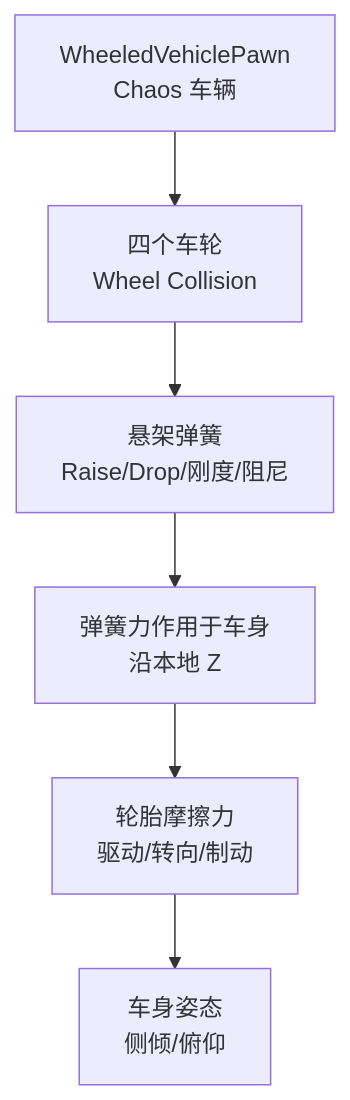
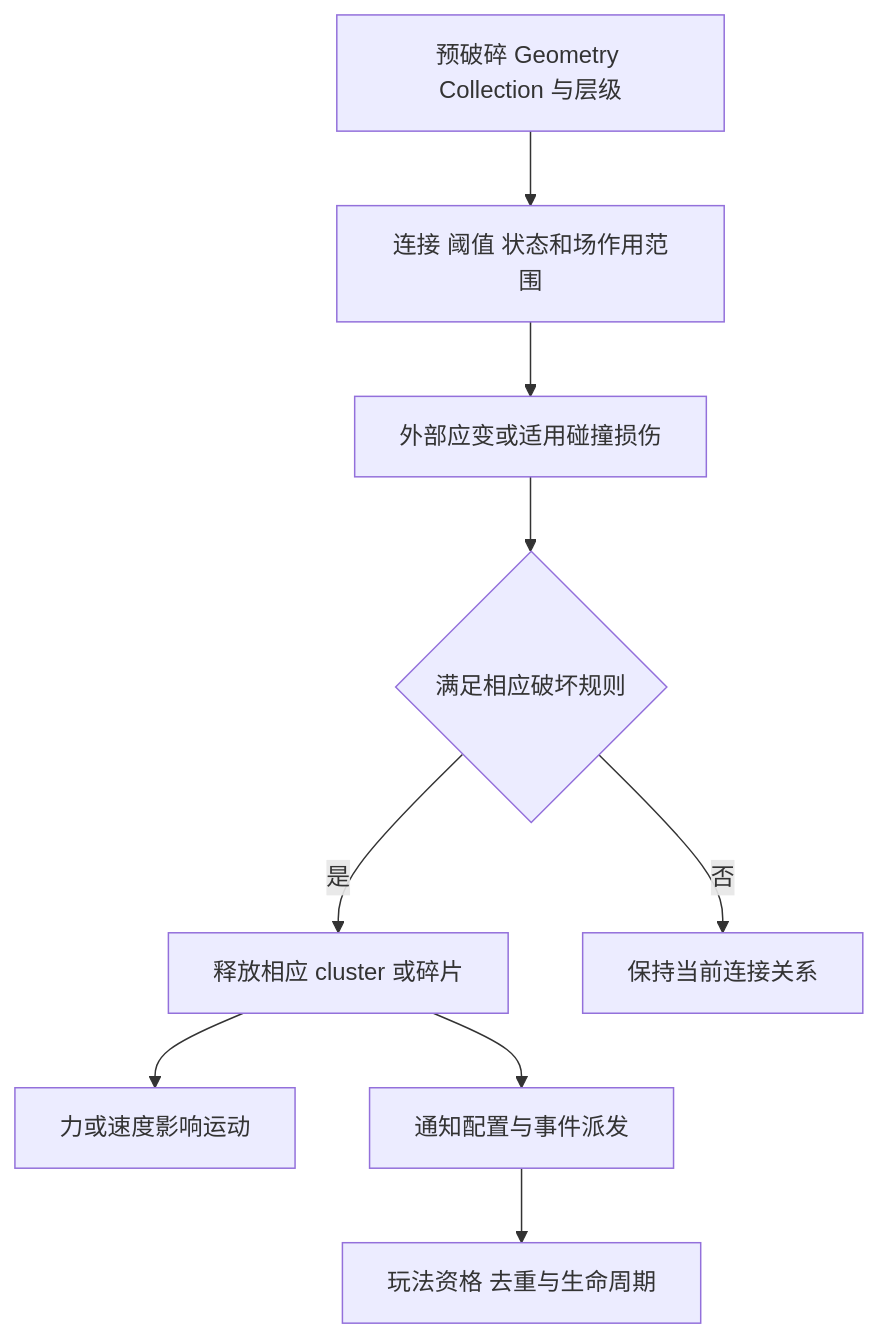
The fourth of 5 diagrams in 知识/04-图形动画与物理仿真/物理求解与动力学/03-物理约束与关节.md (fantuan812/learning), drawn with Mermaid before and after one commit. The commit also changed other lines of this file and 2 other files, not shown here.

````diff
--- a/知识/04-图形动画与物理仿真/物理求解与动力学/03-物理约束与关节.md
+++ b/知识/04-图形动画与物理仿真/物理求解与动力学/03-物理约束与关节.md
@@ -156,8 +383,11 @@
 ```mermaid
 flowchart TB
-    A[WheeledVehiclePawn<br/>Chaos 车辆] --> B[四个车轮<br/>Wheel Collision]
-    B --> C[悬架弹簧<br/>Raise/Drop/刚度/阻尼]
-    C --> D[弹簧力作用于车身<br/>沿本地 Z]
-    D --> E[轮胎摩擦力<br/>驱动/转向/制动]
-    E --> F[车身姿态<br/>侧倾/俯仰]
+    A[预破碎 Geometry Collection 与层级] --> B[连接 阈值 状态和场作用范围]
+    B --> C[外部应变或适用碰撞损伤]
+    C --> D{满足相应破坏规则}
+    D -->|是| E[释放相应 cluster 或碎片]
+    D -->|否| F[保持当前连接关系]
+    E --> G[力或速度影响运动]
+    E --> H[通知配置与事件派发]
+    H --> I[玩法资格 去重与生命周期]
 ```
````
